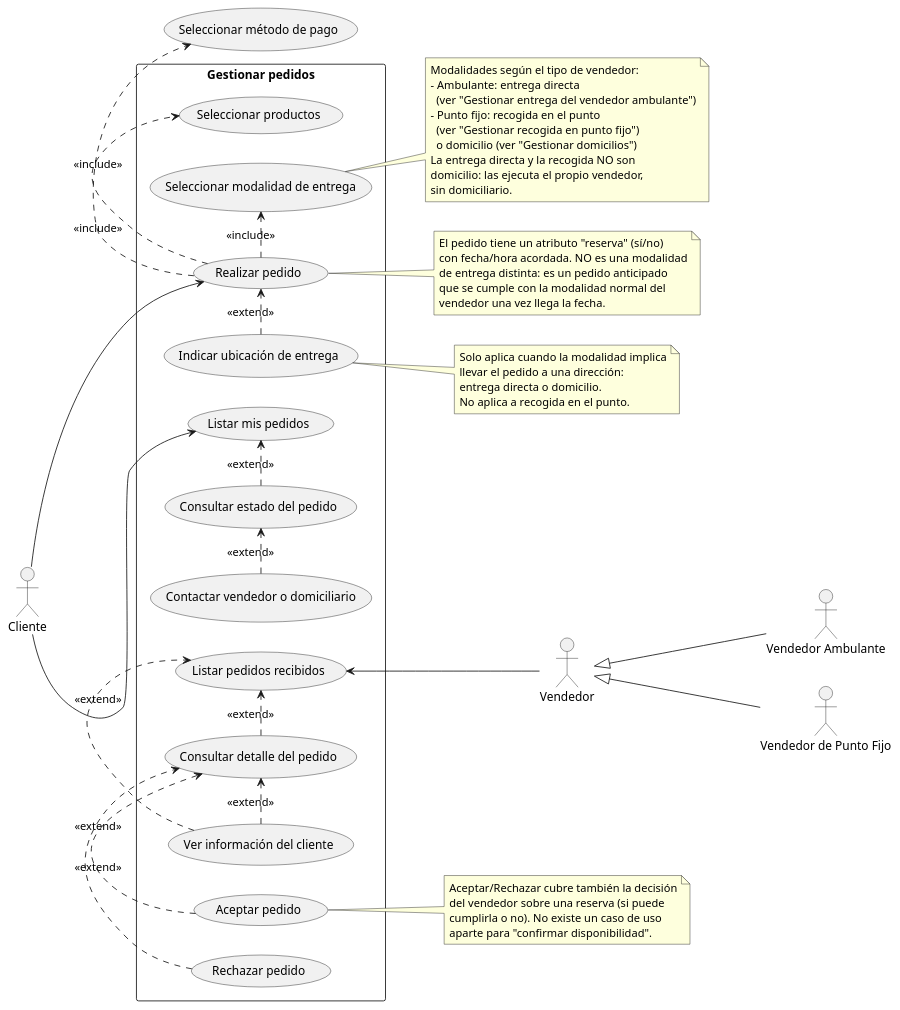
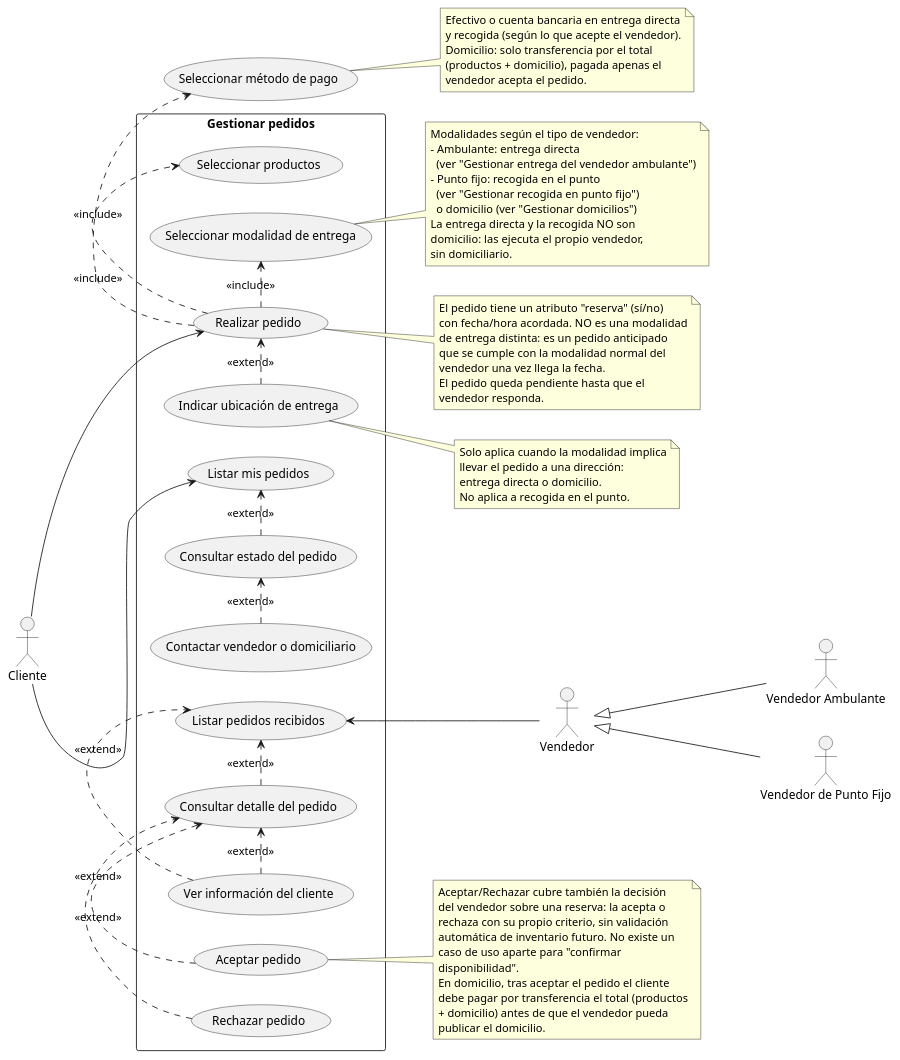
The diagram in casos de uso/gestionar_pedidos.puml (RAAR-18/napa), drawn with PlantUML before and after one commit. The commit also changed 2 other files, not shown here.

Commit message:
fix(Specs): gestionar_domicilios.puml, gestionar_pagos.puml y gestionar_pedidos.puml: ahora reflejan que el pedido por domicilio se paga antes de publicar y que el vendedor le paga al domiciliario cuando este confirma la entrega.

```diff
--- a/casos de uso/gestionar_pedidos.puml
+++ b/casos de uso/gestionar_pedidos.puml
@@ -1,83 +1,99 @@
 @startuml
 
 left to right direction
 
 actor "Cliente" as c
 actor "Vendedor" as v
 actor "Vendedor Ambulante" as va
 actor "Vendedor de Punto Fijo" as vpf
 
 v <|-- va
 v <|-- vpf
 
 rectangle "Gestionar pedidos" {
     usecase "Realizar pedido" as UC1
     usecase "Seleccionar productos" as UC2
     usecase "Seleccionar modalidad de entrega" as UC3
     usecase "Indicar ubicación de entrega" as UC4
     usecase "Listar mis pedidos" as UC5
     usecase "Consultar estado del pedido" as UC6
     usecase "Contactar vendedor o domiciliario" as UC7
     usecase "Listar pedidos recibidos" as UC8
     usecase "Consultar detalle del pedido" as UC9
     usecase "Ver información del cliente" as UC10
     usecase "Aceptar pedido" as UC11
     usecase "Rechazar pedido" as UC12
 }
 
 usecase "Seleccionar método de pago" as UC13
 
 c --> UC1
 c --> UC5
 
 UC8 <-- v
 
 UC1 .> UC2 : <<include>>
 UC1 .> UC3 : <<include>>
 UC1 .> UC13 : <<include>>
 UC4 .> UC1 : <<extend>>
 
 UC6 .> UC5 : <<extend>>
 UC7 .> UC6 : <<extend>>
 
 UC9 .> UC8 : <<extend>>
 UC10 .> UC8 : <<extend>>
 UC10 .> UC9 : <<extend>>
 UC11 .> UC9 : <<extend>>
 UC12 .> UC9 : <<extend>>
 
 note right of UC1
   El pedido tiene un atributo "reserva" (sí/no)
   con fecha/hora acordada. NO es una modalidad
   de entrega distinta: es un pedido anticipado
   que se cumple con la modalidad normal del
   vendedor una vez llega la fecha.
+  El pedido queda pendiente hasta que el
+  vendedor responda.
 end note
 
 note right of UC11
   Aceptar/Rechazar cubre también la decisión
-  del vendedor sobre una reserva (si puede
-  cumplirla o no). No existe un caso de uso
-  aparte para "confirmar disponibilidad".
+  del vendedor sobre una reserva: la acepta o
+  rechaza con su propio criterio, sin validación
+  automática de inventario futuro. No existe un
+  caso de uso aparte para "confirmar
+  disponibilidad".
+  En domicilio, tras aceptar el pedido el cliente
+  debe pagar por transferencia el total (productos
+  + domicilio) antes de que el vendedor pueda
+  publicar el domicilio.
 end note
 
 note right of UC3
   Modalidades según el tipo de vendedor:
   - Ambulante: entrega directa
     (ver "Gestionar entrega del vendedor ambulante")
   - Punto fijo: recogida en el punto
     (ver "Gestionar recogida en punto fijo")
     o domicilio (ver "Gestionar domicilios")
   La entrega directa y la recogida NO son
   domicilio: las ejecuta el propio vendedor,
   sin domiciliario.
 end note
 
 note right of UC4
   Solo aplica cuando la modalidad implica
   llevar el pedido a una dirección:
   entrega directa o domicilio.
   No aplica a recogida en el punto.
 end note
 
+note right of UC13
+  Efectivo o cuenta bancaria en entrega directa
+  y recogida (según lo que acepte el vendedor).
+  Domicilio: solo transferencia por el total
+  (productos + domicilio), pagada apenas el
+  vendedor acepta el pedido.
+end note
+
 @enduml
```
